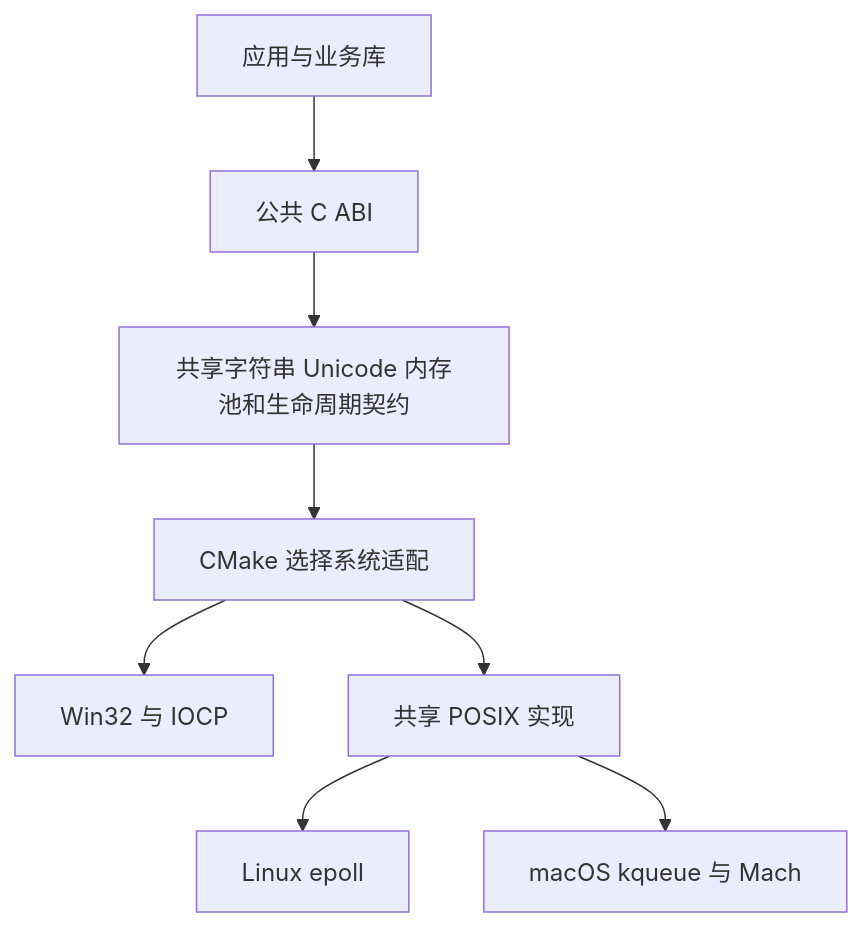
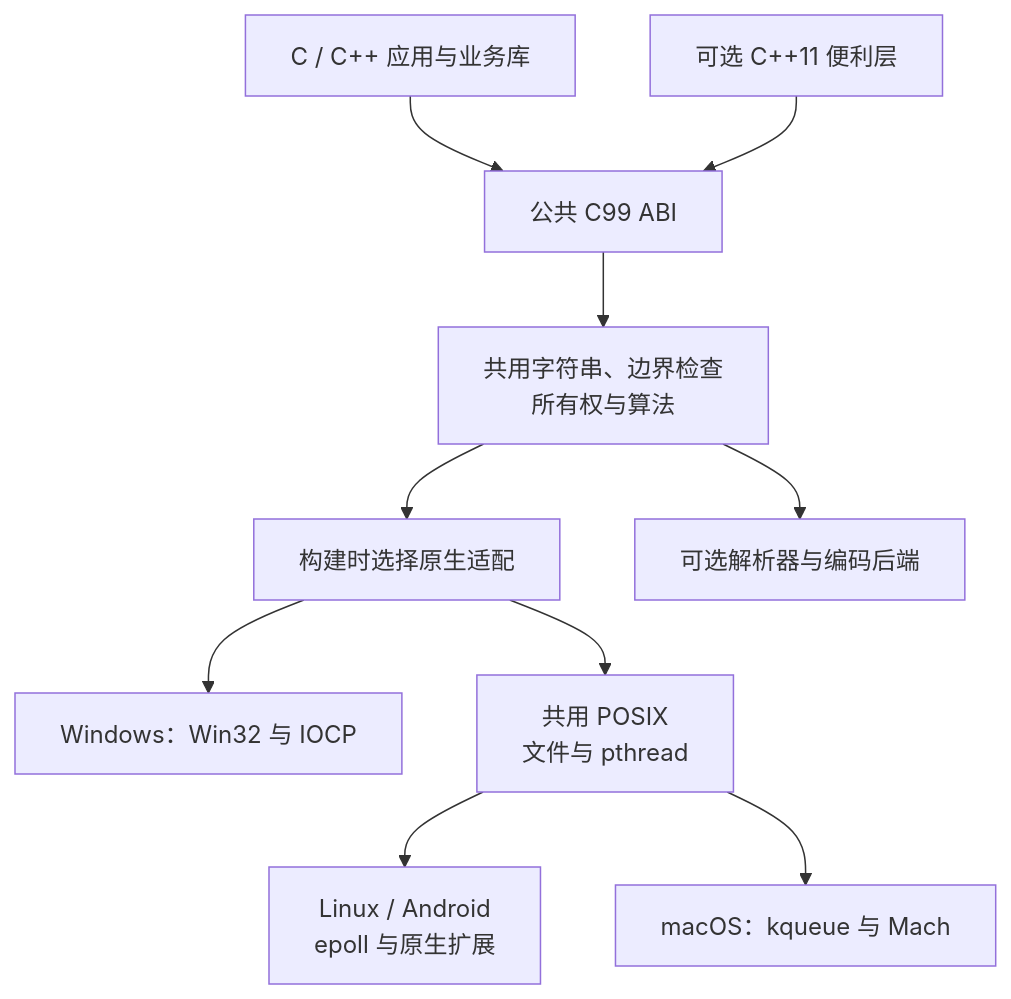
One commit to HuangX666/hx_c_platform changed the first of 4 diagrams in README.zh-CN.md. Above: the diagram before and after it, drawn with Mermaid. The commit also changed other lines of this file and 1 other file, not shown here.

````diff
--- a/README.zh-CN.md
+++ b/README.zh-CN.md
@@ -300,10 +104,12 @@
-~~~mermaid
+```mermaid
 flowchart TD
-    A[应用与业务库] --> B[公共 C ABI]
-    B --> C[共享字符串 Unicode 内存池和生命周期契约]
-    C --> D[CMake 选择系统适配]
-    D --> E[Win32 与 IOCP]
-    D --> F[共享 POSIX 实现]
-    F --> G[Linux epoll]
-    F --> H[macOS kqueue 与 Mach]
-~~~
+    A["C / C++ 应用与业务库"] --> B["公共 C99 ABI"]
+    C["可选 C++11 便利层"] --> B
+    B --> D["共用字符串、边界检查<br/>所有权与算法"]
+    D --> E["构建时选择原生适配"]
+    E --> F["Windows：Win32 与 IOCP"]
+    E --> G["共用 POSIX<br/>文件与 pthread"]
+    G --> H["Linux / Android<br/>epoll 与原生扩展"]
+    G --> I["macOS：kqueue 与 Mach"]
+    D --> J["可选解析器与编码后端"]
+```
````
